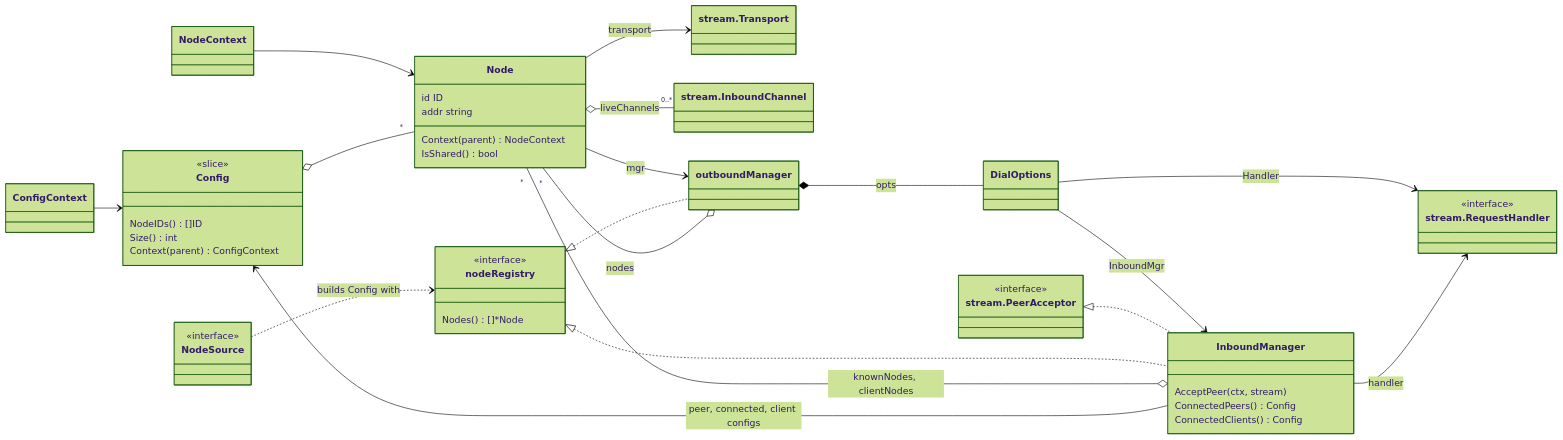
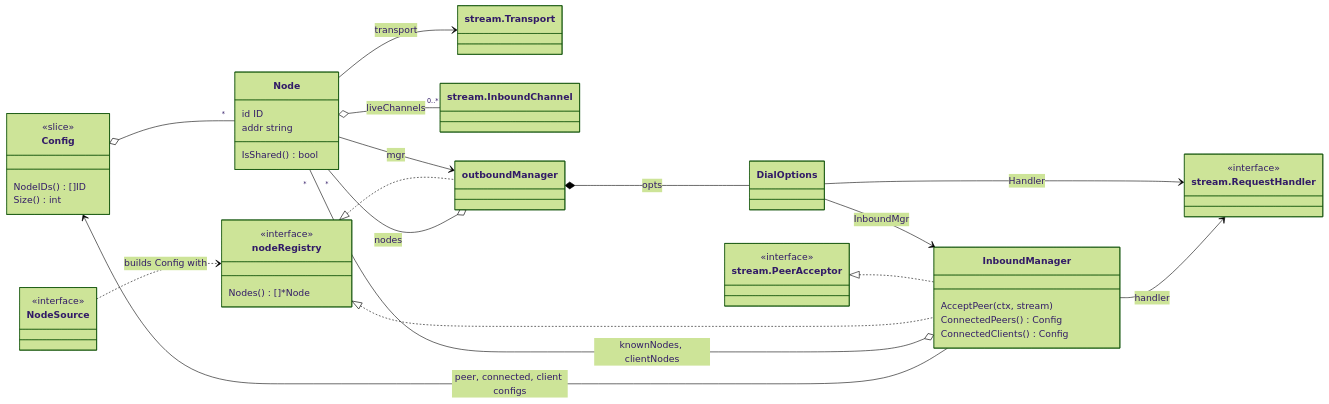
The fifth of 10 diagrams in doc/dev-guide.md (relab/gorums), drawn with Mermaid (forest theme) before and after one commit. The commit also changed other lines of this file and 5 other files, not shown here.

````diff
--- a/doc/dev-guide.md
+++ b/doc/dev-guide.md
@@ -347,54 +391,50 @@
 ```mermaid
 classDiagram
     direction LR
     class Config {
         <<slice>>
         NodeIDs() []ID
         Size() int
-        Context(parent) ConfigContext
     }
     class Node {
         id ID
         addr string
-        Context(parent) NodeContext
         IsShared() bool
     }
     class NodeSource {
         <<interface>>
     }
     class nodeRegistry {
         <<interface>>
         Nodes() []*Node
     }
     class InboundManager {
         AcceptPeer(ctx, stream)
         ConnectedPeers() Config
         ConnectedClients() Config
     }
     class StreamTransport["stream.Transport"]
     class StreamInboundChannel["stream.InboundChannel"]
     class StreamPeerAcceptor["stream.PeerAcceptor"] {
         <<interface>>
     }
     class StreamRequestHandler["stream.RequestHandler"] {
         <<interface>>
     }
 
-    ConfigContext --> Config
-    NodeContext --> Node
     Config o-- "*" Node
     Node --> StreamTransport : transport
     Node --> outboundManager : mgr
     Node o-- "0..*" StreamInboundChannel : liveChannels
     outboundManager o-- "*" Node : nodes
     outboundManager *-- DialOptions : opts
     DialOptions --> InboundManager : InboundMgr
     DialOptions --> StreamRequestHandler : Handler
     InboundManager o-- "*" Node : knownNodes, clientNodes
     InboundManager --> Config : peer, connected, client configs
     InboundManager --> StreamRequestHandler : handler
     StreamPeerAcceptor <|.. InboundManager
     nodeRegistry <|.. outboundManager
     nodeRegistry <|.. InboundManager
     NodeSource ..> nodeRegistry : builds Config with
 ```
````
